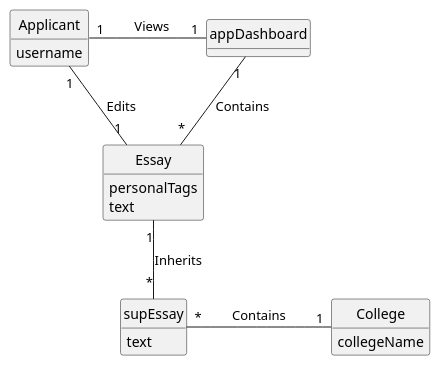
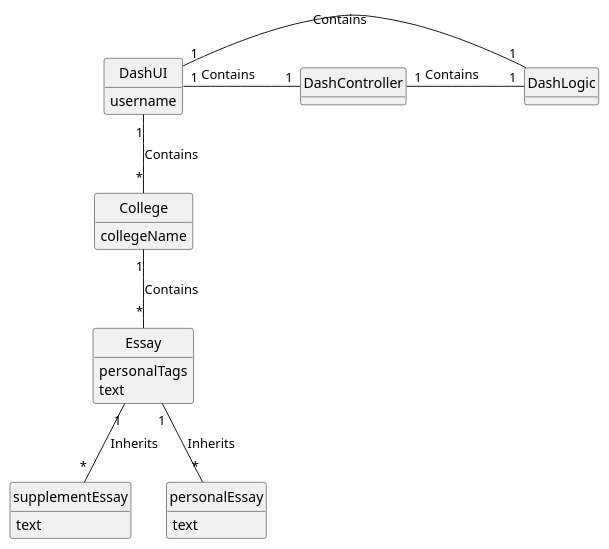
The first of 4 diagrams in intellij/doc/design.md (jlederer33/Essay-Review-App), drawn with PlantUML before and after one commit.

Commit message:
Editted the domain model

````diff
--- a/intellij/doc/design.md
+++ b/intellij/doc/design.md
@@ -3,33 +3,44 @@
 ```plantuml
 hide circle
 hide empty methods
  
- class Applicant{
+ class DashUI{
  username
+ }
+ 
+ 
+ class DashLogic{
+ }
+ 
+ class DashController{
  }
  
  class Essay{
  personalTags
  text
  }
  
- class supEssay{
+ class supplementEssay{
  text
  }
  
  class College{
  collegeName
  }
  
- class appDashboard{
+ class personalEssay{
+ text
  }
- Applicant "1" - "1" appDashboard : \tViews\t
- appDashboard "1" -- "*" Essay : Contains\t\t
- supEssay "*" - "1" College : \tContains\t\t
- Essay "1" -- "*" supEssay : Inherits
- Applicant "1" -- "1" Essay : Edits
  
+ DashUI "1" - "1" DashLogic : Contains\t\t
+ DashUI "1" - "1" DashController : Contains\t\t
+ DashController "1" - "1" DashLogic : Contains\t\t
+  DashUI "1" -- "*" College : Contains
+  College "1" -- "*" Essay : Contains
+ Essay "1" -- "*" supplementEssay : Inherits
+  Essay "1" -- "*" personalEssay : Inherits
+
 
  
 
 ```
````
